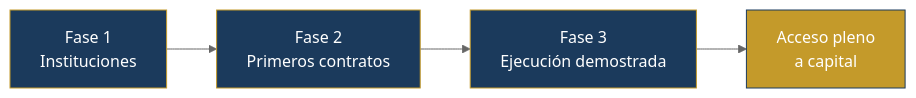
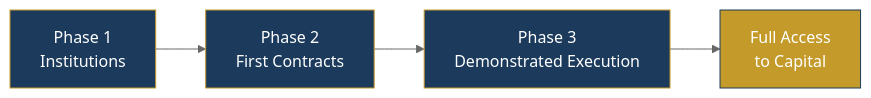
One commit to Venezuela-S-A/venezuela-sa changed the sixth of 6 diagrams in i18n/en/docusaurus-plugin-content-docs/current/02-motor-financiero/inversion-inicial-fuentes.md. Above: the diagram before and after it, drawn with Mermaid (neutral theme). The commit also changed other lines of this file and 127 other files, not shown here.

````diff
--- a/i18n/en/docusaurus-plugin-content-docs/current/02-motor-financiero/inversion-inicial-fuentes.md
+++ b/i18n/en/docusaurus-plugin-content-docs/current/02-motor-financiero/inversion-inicial-fuentes.md
@@ -124,15 +124,15 @@
 ```mermaid
 flowchart LR
-    A["Fase 1
-    Instituciones"] --> B["Fase 2
-    Primeros contratos"]
-    B --> C["Fase 3
-    Ejecución demostrada"]
-    C --> D["Acceso pleno
-    a capital"]
+    A["Phase 1
+    Institutions"] --> B["Phase 2
+    First Contracts"]
+    B --> C["Phase 3
+    Demonstrated Execution"]
+    C --> D["Full Access
+    to Capital"]
 
     style A fill:#1B3A5C,stroke:#C49A2A,color:#fff
     style B fill:#1B3A5C,stroke:#C49A2A,color:#fff
     style C fill:#1B3A5C,stroke:#C49A2A,color:#fff
     style D fill:#C49A2A,stroke:#1B3A5C,color:#fff
 ```
````
